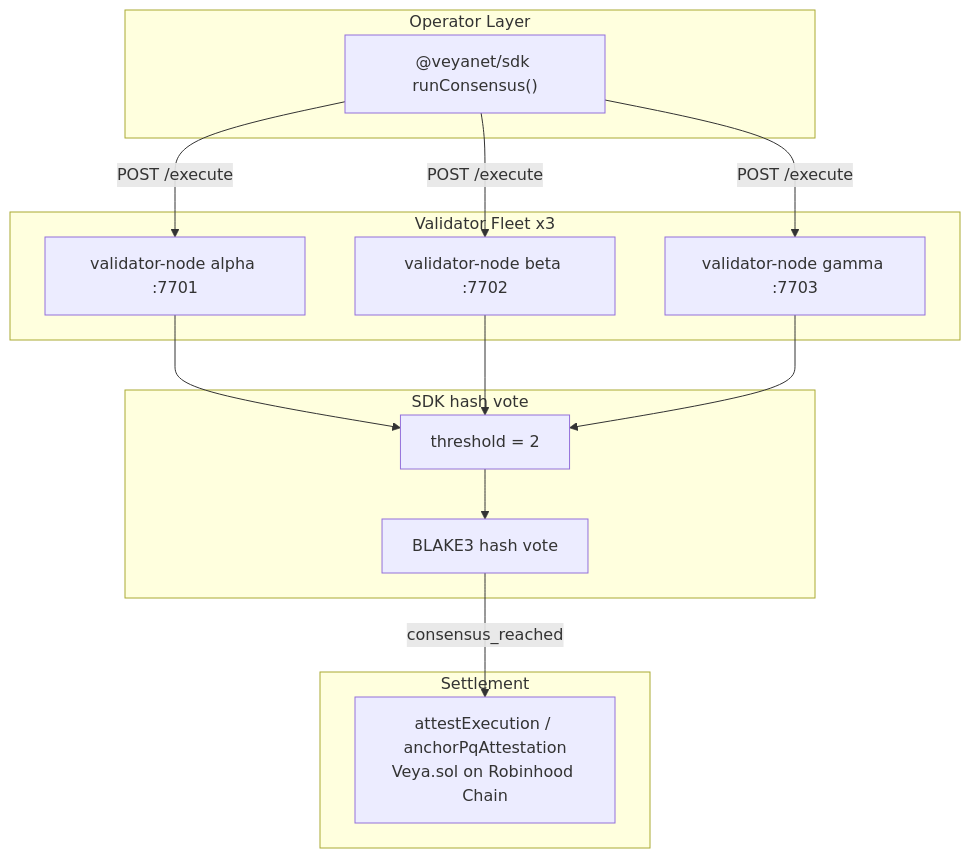
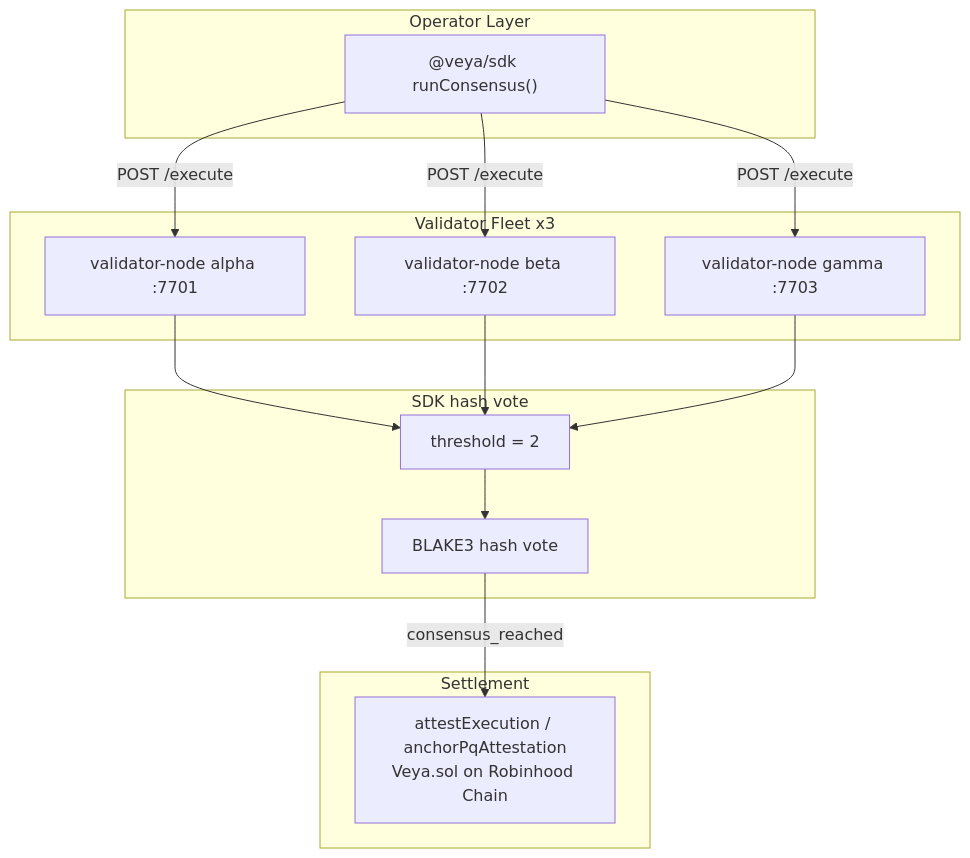
Before and after one commit to veyanet/veya-sdk: the first of 2 diagrams in docs/operations/consensus-cluster.md, drawn with Mermaid. The commit also changed other lines of this file, not shown here.

Commit message:
docs(ops): refresh consensus cluster runbook

````diff
--- a/docs/operations/consensus-cluster.md
+++ b/docs/operations/consensus-cluster.md
@@ -71,30 +71,30 @@
 ```mermaid
 flowchart TB
     subgraph Operator["Operator Layer"]
-        SDK["@veyanet/sdk runConsensus()"]
+        SDK["@veya/sdk runConsensus()"]
     end
 
     subgraph Fleet["Validator Fleet x3"]
         V1["validator-node alpha :7701"]
         V2["validator-node beta :7702"]
         V3["validator-node gamma :7703"]
     end
 
     subgraph Quorum["SDK hash vote"]
         EQ["threshold = 2"]
         B3["BLAKE3 hash vote"]
     end
 
     subgraph Anchor["Settlement"]
         VEYA["attestExecution / anchorPqAttestation\nVeya.sol on Robinhood Chain"]
     end
 
     SDK -->|"POST /execute"| V1
     SDK -->|"POST /execute"| V2
     SDK -->|"POST /execute"| V3
     V1 --> EQ
     V2 --> EQ
     V3 --> EQ
     EQ --> B3
     B3 -->|"consensus_reached"| VEYA
 ```
````
